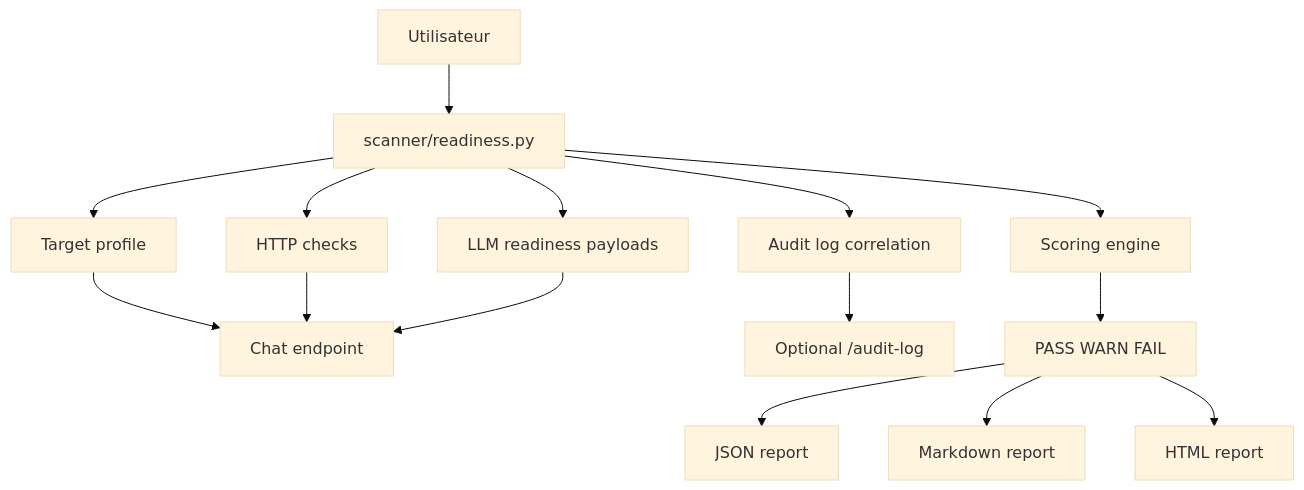
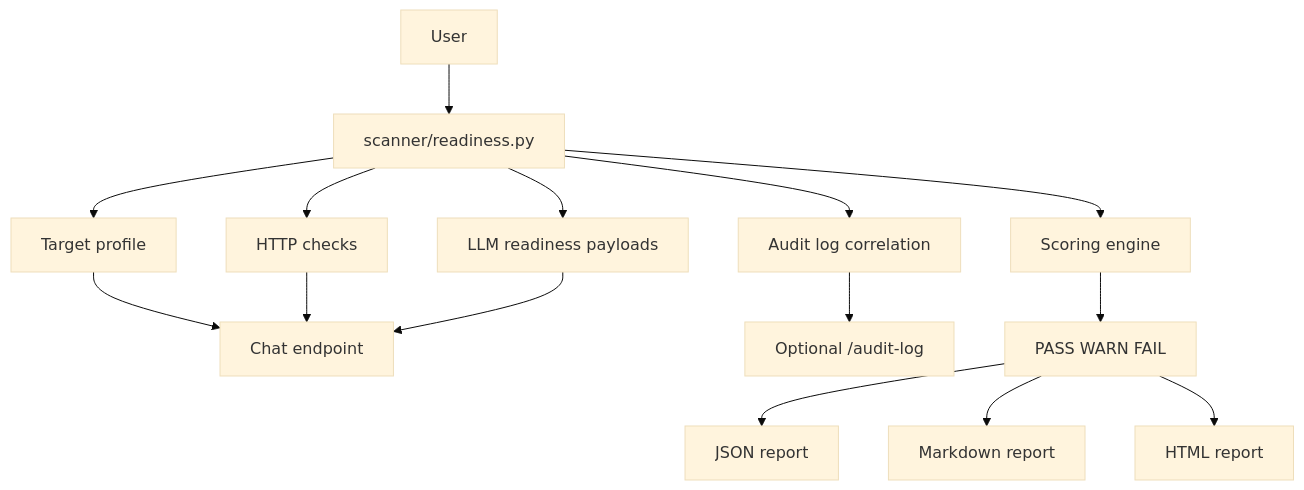
One commit to Augustin-Br/AgentSploit changed the third of 4 diagrams in README.md. Above: the diagram before and after it, drawn with Mermaid (base theme). The commit also changed other lines of this file, not shown here.

````diff
--- a/README.md
+++ b/README.md
@@ -378,19 +380,19 @@
 ```mermaid
 flowchart TD
-    User["Utilisateur"] --> CLI["scanner/readiness.py"]
+    User["User"] --> CLI["scanner/readiness.py"]
     CLI --> TargetProfile["Target profile"]
     CLI --> HTTPChecks["HTTP checks"]
     CLI --> PayloadChecks["LLM readiness payloads"]
     CLI --> AuditChecks["Audit log correlation"]
     CLI --> Scoring["Scoring engine"]
 
     TargetProfile --> ChatEndpoint["Chat endpoint"]
     HTTPChecks --> ChatEndpoint
     PayloadChecks --> ChatEndpoint
     AuditChecks --> AuditEndpoint["Optional /audit-log"]
 
     Scoring --> Verdict["PASS WARN FAIL"]
     Verdict --> JsonReport["JSON report"]
     Verdict --> MdReport["Markdown report"]
     Verdict --> HtmlReport["HTML report"]
 ```
````
